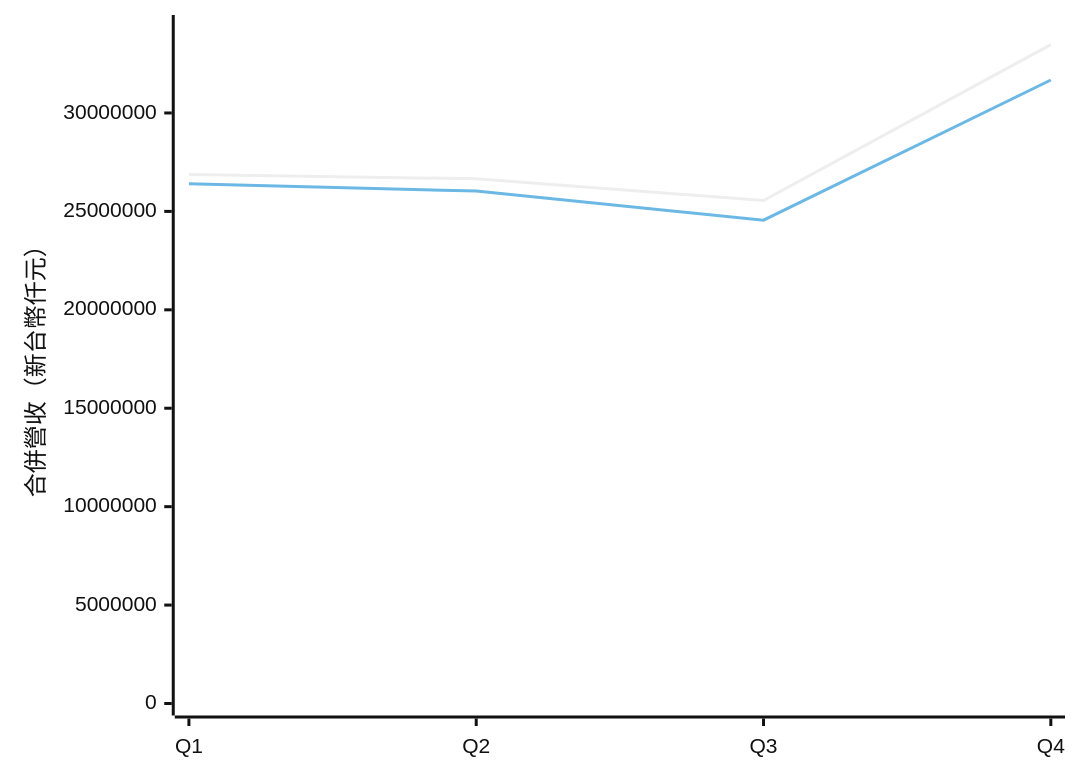
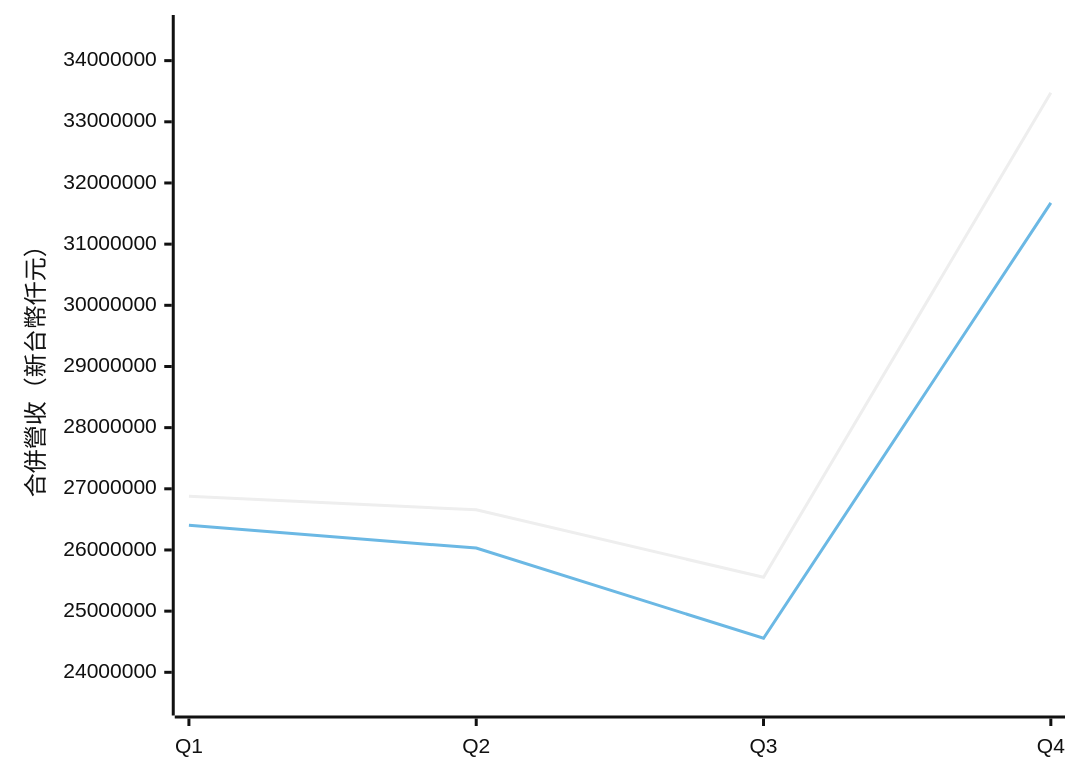
Before and after one commit to jyuny1/blog: the sixth of 19 diagrams in content/台灣零售與電商競爭分析.md, drawn with Mermaid (neutral theme). The commit also changed other lines of this file, not shown here.

````diff
--- a/content/台灣零售與電商競爭分析.md
+++ b/content/台灣零售與電商競爭分析.md
@@ -105,7 +105,7 @@
 ```mermaid
 xychart-beta
     x-axis ["Q1", "Q2", "Q3", "Q4"]
-    y-axis "合併營收（新台幣仟元）" 0 --> 34367884
+    y-axis "合併營收（新台幣仟元）" 23490000 --> 34550000
     line [26877869, 26656946, 25552937, 33475883]
     line [26405156, 26030870, 24555878, 31674017]
 ```
````
